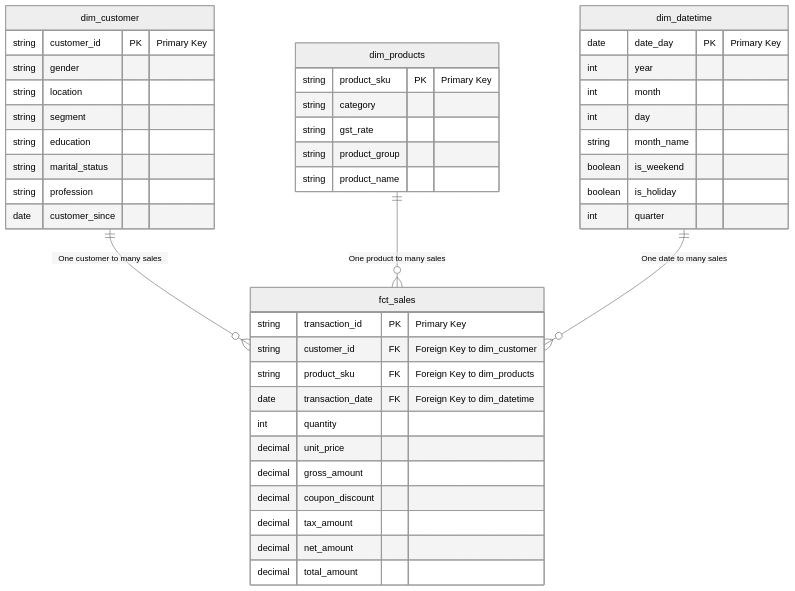
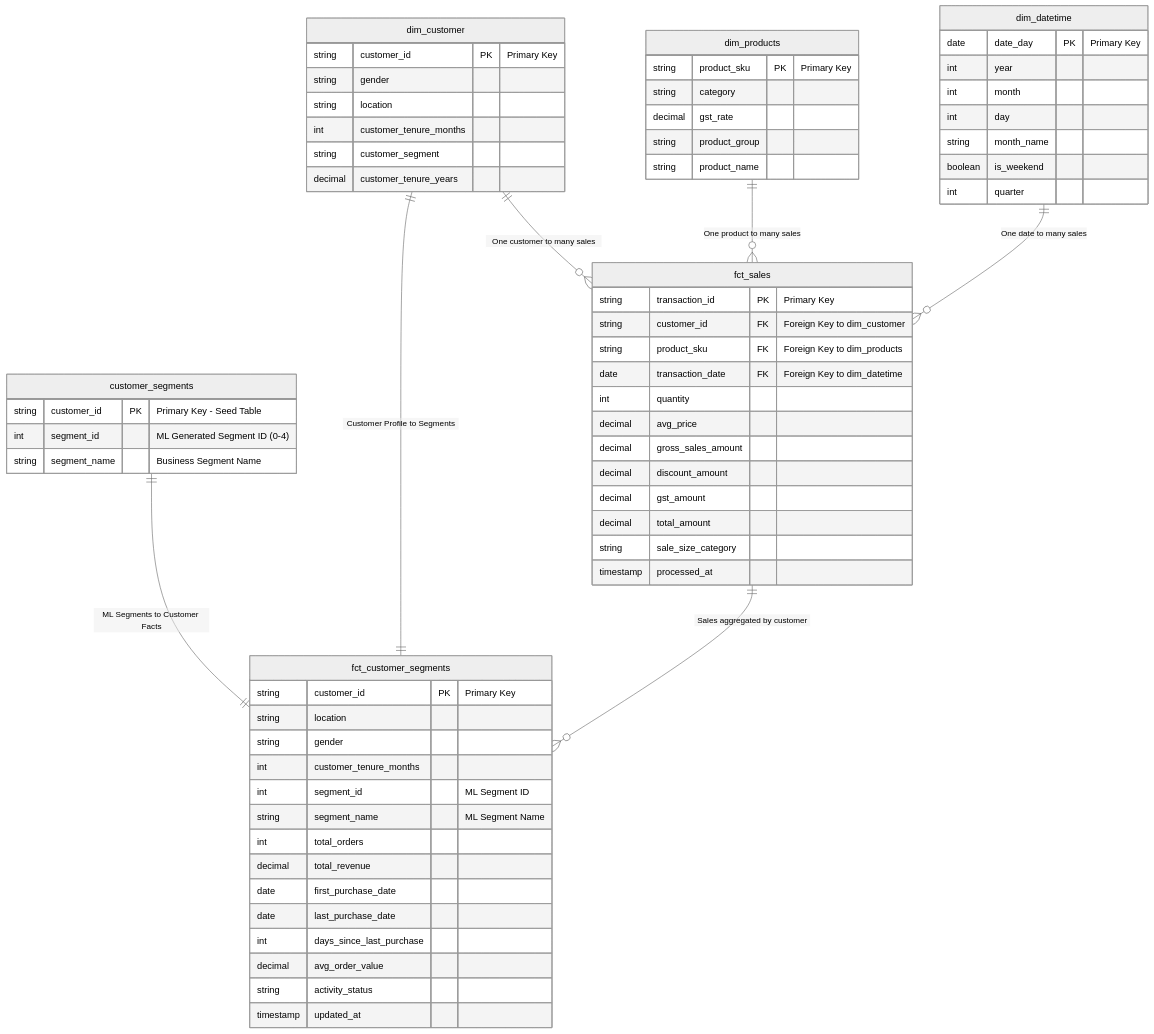
The third of 3 diagrams in README.md (sumitkamra20/marketing-insight-pipeline), drawn with Mermaid (neutral theme) before and after one commit. The commit also changed other lines of this file and 1 other file, not shown here.

````diff
--- a/README.md
+++ b/README.md
@@ -134,50 +114,75 @@
 ```mermaid
 erDiagram
     dim_customer {
         string customer_id PK "Primary Key"
         string gender
         string location
-        string segment
-        string education
-        string marital_status
-        string profession
-        date customer_since
+        int customer_tenure_months
+        string customer_segment
+        decimal customer_tenure_years
     }
 
     dim_products {
         string product_sku PK "Primary Key"
         string category
-        string gst_rate
+        decimal gst_rate
         string product_group
         string product_name
     }
 
     dim_datetime {
         date date_day PK "Primary Key"
         int year
         int month
         int day
         string month_name
         boolean is_weekend
-        boolean is_holiday
         int quarter
     }
 
     fct_sales {
         string transaction_id PK "Primary Key"
         string customer_id FK "Foreign Key to dim_customer"
         string product_sku FK "Foreign Key to dim_products"
         date transaction_date FK "Foreign Key to dim_datetime"
         int quantity
-        decimal unit_price
-        decimal gross_amount
-        decimal coupon_discount
-        decimal tax_amount
-        decimal net_amount
+        decimal avg_price
+        decimal gross_sales_amount
+        decimal discount_amount
+        decimal gst_amount
         decimal total_amount
+        string sale_size_category
+        timestamp processed_at
+    }
+
+    customer_segments {
+        string customer_id PK "Primary Key - Seed Table"
+        int segment_id "ML Generated Segment ID (0-4)"
+        string segment_name "Business Segment Name"
+    }
+
+    fct_customer_segments {
+        string customer_id PK "Primary Key"
+        string location
+        string gender
+        int customer_tenure_months
+        int segment_id "ML Segment ID"
+        string segment_name "ML Segment Name"
+        int total_orders
+        decimal total_revenue
+        date first_purchase_date
+        date last_purchase_date
+        int days_since_last_purchase
+        decimal avg_order_value
+        string activity_status
+        timestamp updated_at
     }
 
     dim_customer ||--o{ fct_sales : "One customer to many sales"
     dim_products ||--o{ fct_sales : "One product to many sales"
     dim_datetime ||--o{ fct_sales : "One date to many sales"
+
+    customer_segments ||--|| fct_customer_segments : "ML Segments to Customer Facts"
+    dim_customer ||--|| fct_customer_segments : "Customer Profile to Segments"
+    fct_sales ||--o{ fct_customer_segments : "Sales aggregated by customer"
 ```
````
